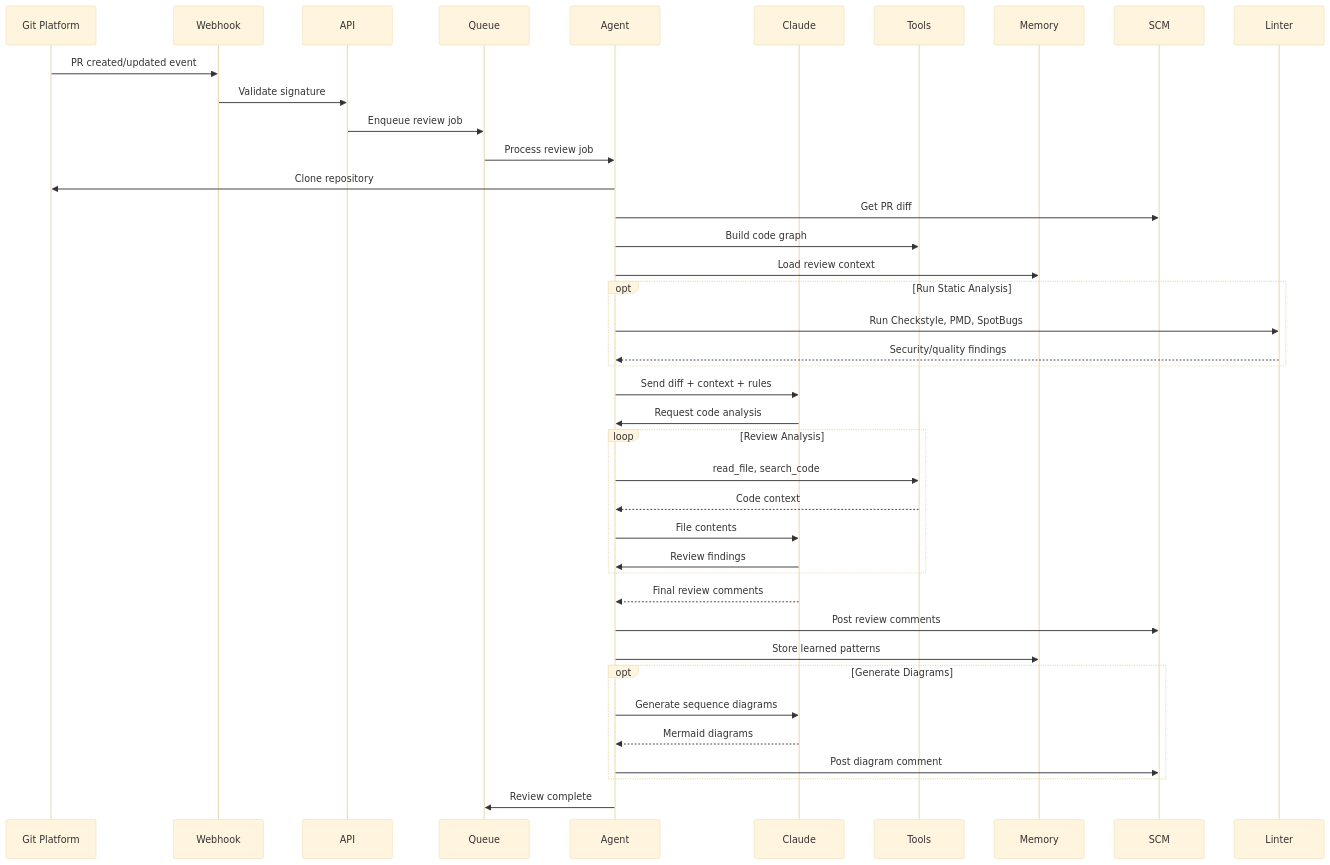
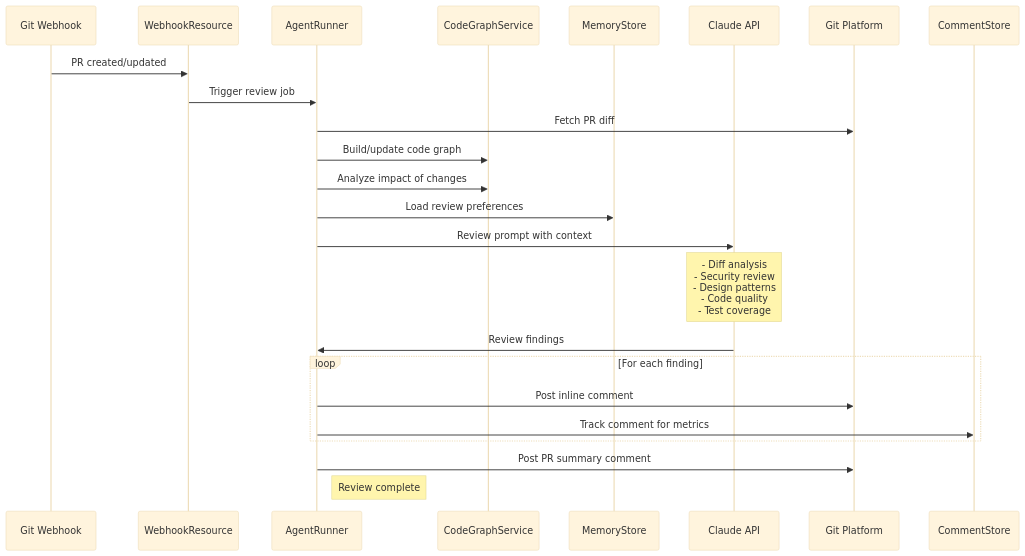
One commit to Ai-Whisperers/code-agent changed the second of 12 diagrams in docs/flows.md. Above: the diagram before and after it, drawn with Mermaid (base theme). The commit also changed other lines of this file and 6 other files, not shown here.

````diff
--- a/docs/flows.md
+++ b/docs/flows.md
@@ -65,50 +86,33 @@
 ```mermaid
 sequenceDiagram
-    participant GitPlatform as Git Platform
-    participant Webhook
-    participant API
-    participant Queue
-    participant Agent
-    participant Claude
-    participant Tools
-    participant Memory
-    participant SCM
-    participant Linter
+    participant Webhook as Git Webhook
+    participant Resource as WebhookResource
+    participant Runner as AgentRunner
+    participant Graph as CodeGraphService
+    participant Memory as MemoryStore
+    participant Claude as Claude API
+    participant Platform as Git Platform
+    participant Feedback as CommentStore
 
-    GitPlatform->>Webhook: PR created/updated event
-    Webhook->>API: Validate signature
-    API->>Queue: Enqueue review job
+    Webhook->>Resource: PR created/updated
+    Resource->>Runner: Trigger review job
     
-    Queue->>Agent: Process review job
-    Agent->>GitPlatform: Clone repository
-    Agent->>SCM: Get PR diff
-    Agent->>Tools: Build code graph
-    Agent->>Memory: Load review context
+    Runner->>Platform: Fetch PR diff
+    Runner->>Graph: Build/update code graph
+    Runner->>Graph: Analyze impact of changes
+    Runner->>Memory: Load review preferences
     
-    opt Run Static Analysis
-        Agent->>Linter: Run Checkstyle, PMD, SpotBugs
-        Linter-->>Agent: Security/quality findings
+    Runner->>Claude: Review prompt with context
+    Note over Claude: - Diff analysis<br/>- Security review<br/>- Design patterns<br/>- Code quality<br/>- Test coverage
+    
+    Claude->>Runner: Review findings
+    
+    loop For each finding
+        Runner->>Platform: Post inline comment
+        Runner->>Feedback: Track comment for metrics
     end
     
-    Agent->>Claude: Send diff + context + rules
-    Claude->>Agent: Request code analysis
+    Runner->>Platform: Post PR summary comment
     
-    loop Review Analysis
-        Agent->>Tools: read_file, search_code
-        Tools-->>Agent: Code context
-        Agent->>Claude: File contents
-        Claude->>Agent: Review findings
-    end
-    
-    Claude-->>Agent: Final review comments
-    Agent->>SCM: Post review comments
-    Agent->>Memory: Store learned patterns
-    
-    opt Generate Diagrams
-        Agent->>Claude: Generate sequence diagrams
-        Claude-->>Agent: Mermaid diagrams
-        Agent->>SCM: Post diagram comment
-    end
-    
-    Agent->>Queue: Review complete
+    Note right of Runner: Review complete
 ```
````
